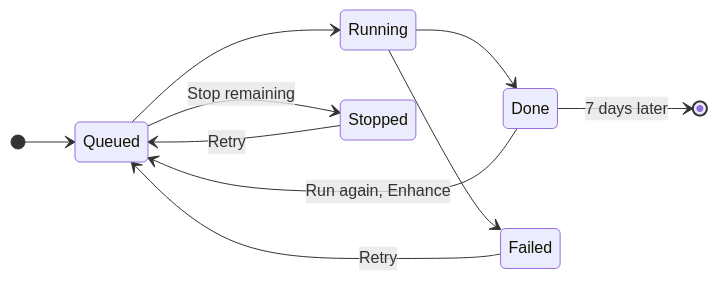
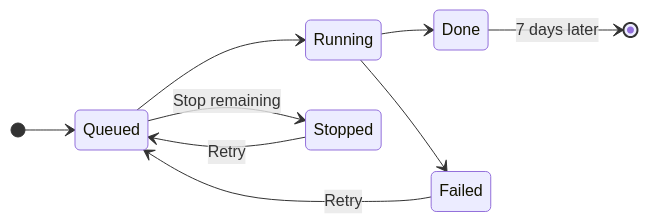
The second of 2 diagrams in website/guide/serve.md (Ynewtime/markitai), drawn with Mermaid before and after one commit. The commit also changed other lines of this file and 4 other files, not shown here.

````diff
--- a/website/guide/serve.md
+++ b/website/guide/serve.md
@@ -108,13 +108,12 @@
 ```mermaid
 stateDiagram-v2
   direction LR
   [*] --> Queued
   Queued --> Running
   Queued --> Stopped: Stop remaining
   Running --> Done
   Running --> Failed
   Failed --> Queued: Retry
   Stopped --> Queued: Retry
-  Done --> Queued: Run again, Enhance
   Done --> [*]: 7 days later
 ```
````
